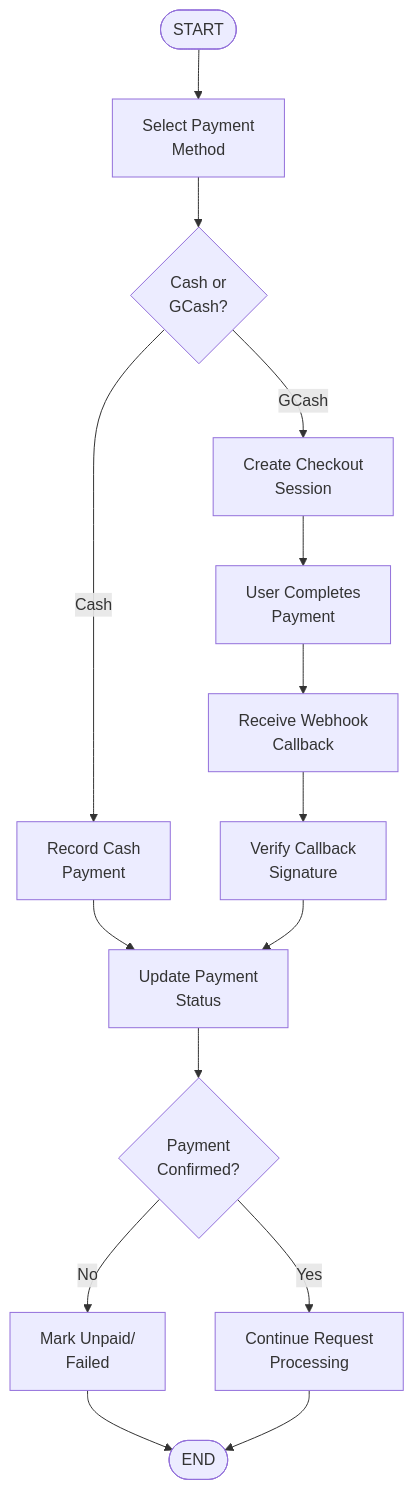
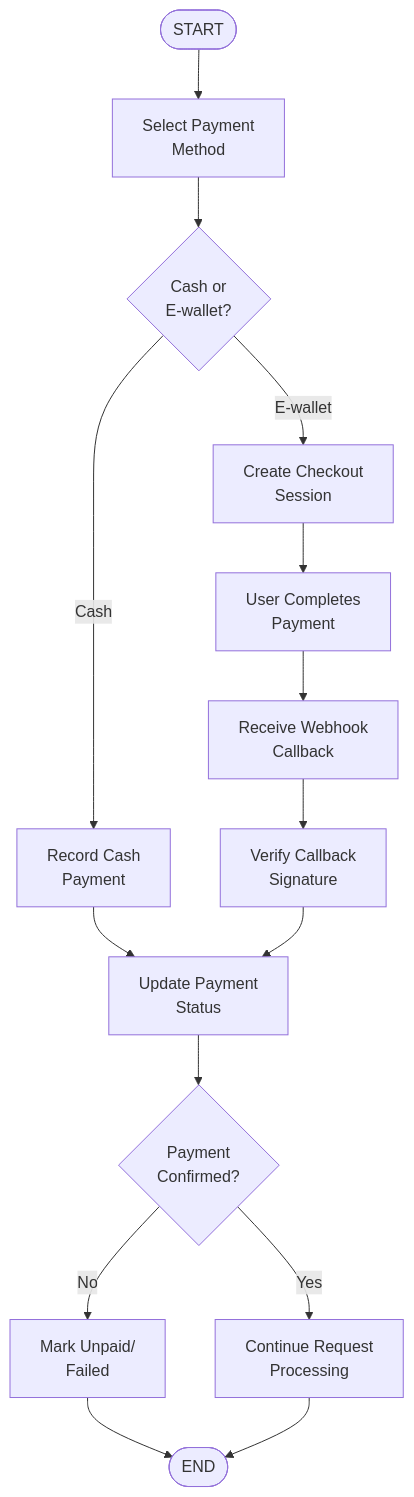
Before and after one commit to eternumzed/Kiosk: the fifth of 25 diagrams in docs/flowcharts/mermaid-diagrams.md, drawn with Mermaid. The commit also changed other lines of this file and 6 other files, not shown here.

Commit message:
flowchart adjustment

````diff
--- a/docs/flowcharts/mermaid-diagrams.md
+++ b/docs/flowcharts/mermaid-diagrams.md
@@ -163,31 +163,31 @@
 ```mermaid
 graph TD
     Start(["START"])
     SelectMethod["Select Payment<br/>Method"]
-    MethodDecision{Cash or<br/>GCash?}
+    MethodDecision{Cash or<br/>E-wallet?}
     RecordCash["Record Cash<br/>Payment"]
     CreateCheckout["Create Checkout<br/>Session"]
     UserPays["User Completes<br/>Payment"]
     ReceiveWebhook["Receive Webhook<br/>Callback"]
     VerifyCallback["Verify Callback<br/>Signature"]
     UpdatePayment["Update Payment<br/>Status"]
     PaymentDecision{Payment<br/>Confirmed?}
     MarkFailed["Mark Unpaid/<br/>Failed"]
     ContinueProcess["Continue Request<br/>Processing"]
     End(["END"])
     
     Start --> SelectMethod
     SelectMethod --> MethodDecision
     MethodDecision -->|Cash| RecordCash
-    MethodDecision -->|GCash| CreateCheckout
+    MethodDecision -->|E-wallet| CreateCheckout
     RecordCash --> UpdatePayment
     CreateCheckout --> UserPays
     UserPays --> ReceiveWebhook
     ReceiveWebhook --> VerifyCallback
     VerifyCallback --> UpdatePayment
     UpdatePayment --> PaymentDecision
     PaymentDecision -->|No| MarkFailed
     PaymentDecision -->|Yes| ContinueProcess
     MarkFailed --> End
     ContinueProcess --> End
 ```
````
